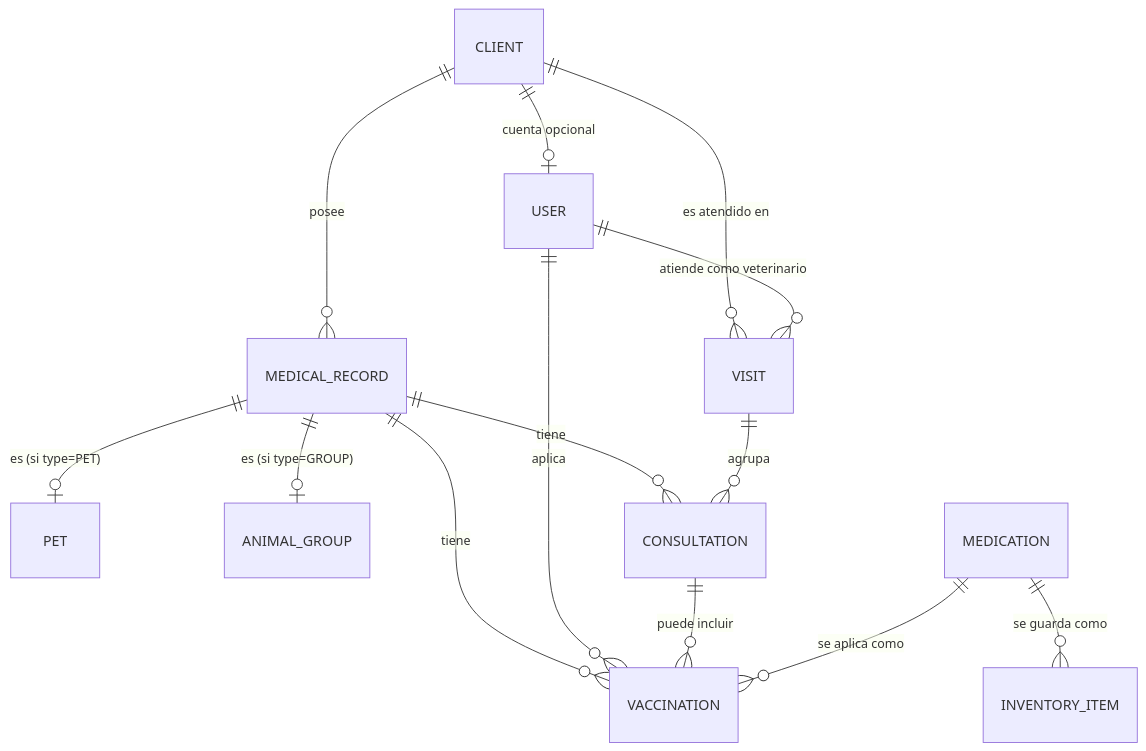
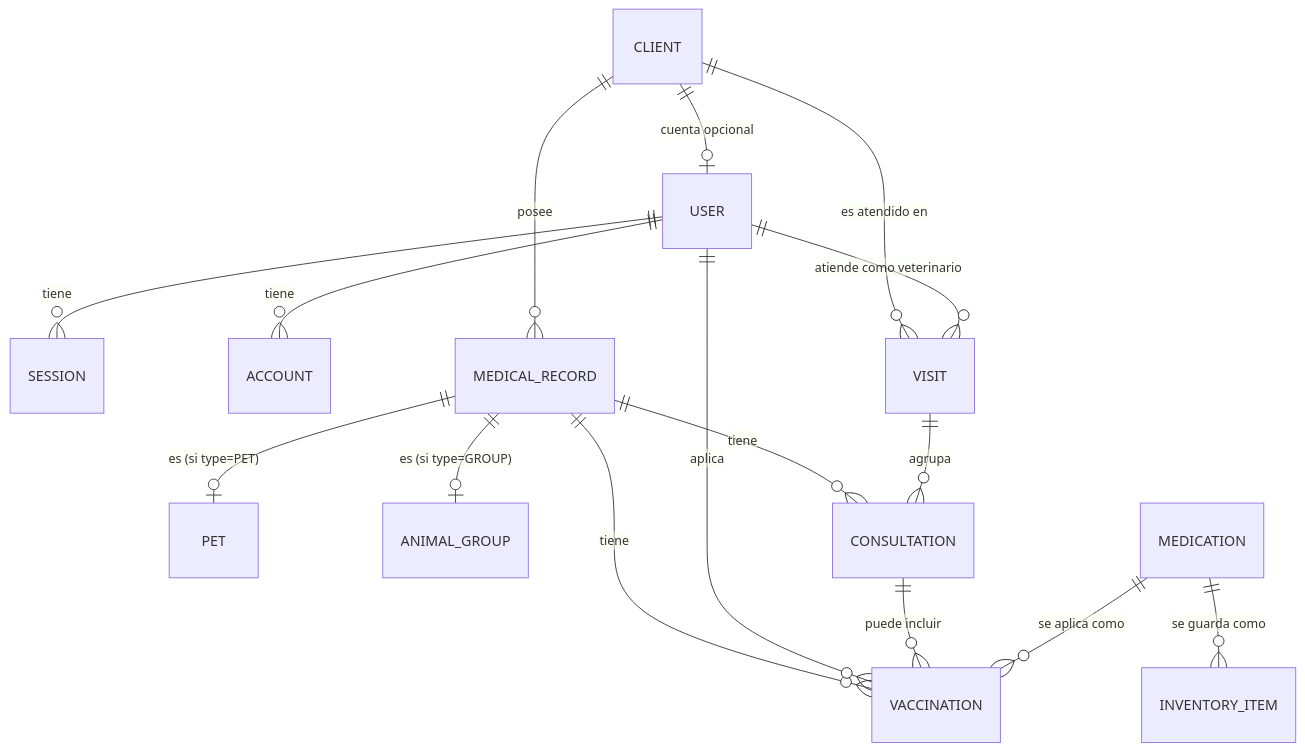
One commit to Ponyvet/ponyapp-api changed the second of 2 diagrams in docs/PROYECT.md. Above: the diagram before and after it, drawn with Mermaid. The commit also changed other lines of this file and 53 other files, not shown here.

First line of the commit message:
feat: enhance user model and authentication flow

````diff
--- a/docs/PROYECT.md
+++ b/docs/PROYECT.md
@@ -370,27 +417,31 @@
 ```mermaid
 erDiagram
     USER
+    SESSION
+    ACCOUNT
     CLIENT
     MEDICAL_RECORD
     PET
     ANIMAL_GROUP
     VISIT
     CONSULTATION
     MEDICATION
     VACCINATION
     INVENTORY_ITEM
 
+    USER ||--o{ SESSION : "tiene"
+    USER ||--o{ ACCOUNT : "tiene"
     CLIENT ||--o| USER : "cuenta opcional"
     CLIENT ||--o{ MEDICAL_RECORD : posee
     CLIENT ||--o{ VISIT : "es atendido en"
     MEDICAL_RECORD ||--o| PET : "es (si type=PET)"
     MEDICAL_RECORD ||--o| ANIMAL_GROUP : "es (si type=GROUP)"
     MEDICAL_RECORD ||--o{ CONSULTATION : tiene
     MEDICAL_RECORD ||--o{ VACCINATION : tiene
     VISIT ||--o{ CONSULTATION : agrupa
     USER ||--o{ VISIT : "atiende como veterinario"
     USER ||--o{ VACCINATION : aplica
     CONSULTATION ||--o{ VACCINATION : "puede incluir"
     MEDICATION ||--o{ VACCINATION : "se aplica como"
     MEDICATION ||--o{ INVENTORY_ITEM : "se guarda como"
 ```
````
